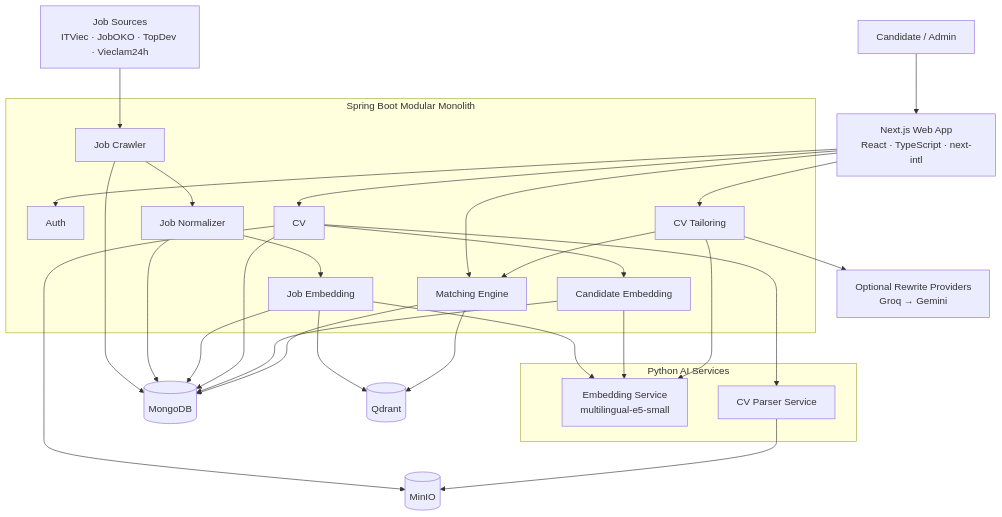
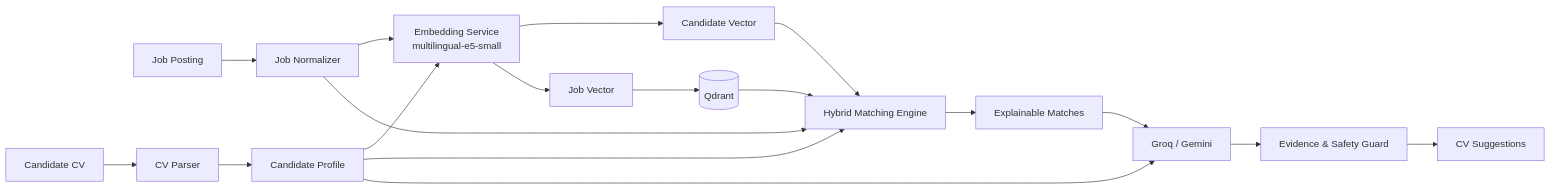
One commit to nguyenvanthanh1501bmt-hash/auto-job-matching changed the diagram in README.md. Above: the diagram before and after it, drawn with Mermaid. The commit also changed other lines of this file, not shown here.

````diff
--- a/README.md
+++ b/README.md
@@ -264,63 +282,51 @@
 ```mermaid
-flowchart TB
+flowchart LR
 
-    USER["Candidate / Admin"]
-    WEB["Next.js Web App<br/>React · TypeScript · next-intl"]
+    CV["Candidate CV"]
+    JOB["Job Posting"]
 
-    subgraph JAVA["Spring Boot Modular Monolith"]
-        AUTH["Auth"]
-        CRAWLER["Job Crawler"]
-        NORMALIZER["Job Normalizer"]
-        JOB_EMBED["Job Embedding"]
-        CV["CV"]
-        CANDIDATE_EMBED["Candidate Embedding"]
-        MATCHING["Matching Engine"]
-        TAILORING["CV Tailoring"]
-    end
+    PARSER["CV Parser"]
+    PROFILE["Candidate Profile"]
 
-    subgraph AI["Python AI Services"]
-        EMBEDDING["Embedding Service<br/>multilingual-e5-small"]
-        CV_PARSER["CV Parser Service"]
-    end
+    JOBN["Job Normalizer"]
 
-    SOURCES["Job Sources<br/>ITViec · JobOKO · TopDev · Vieclam24h"]
-    AI_PROVIDER["Optional Rewrite Providers<br/>Groq → Gemini"]
+    EMB["Embedding Service<br/>multilingual-e5-small"]
 
-    MONGO[("MongoDB")]
+    CVVECTOR["Candidate Vector"]
+    JOBVECTOR["Job Vector"]
+
     QDRANT[("Qdrant")]
-    MINIO[("MinIO")]
 
-    USER --> WEB
-    WEB --> AUTH
-    WEB --> CV
-    WEB --> MATCHING
-    WEB --> TAILORING
+    MATCH["Hybrid Matching Engine"]
 
-    SOURCES --> CRAWLER
+    LLM["Groq / Gemini"]
+    GUARD["Evidence & Safety Guard"]
 
-    CRAWLER --> MONGO
-    CRAWLER --> NORMALIZER
+    RESULT["Explainable Matches"]
+    TAILORED["CV Suggestions"]
 
-    NORMALIZER --> MONGO
-    NORMALIZER --> JOB_EMBED
+    CV --> PARSER
+    PARSER --> PROFILE
 
-    JOB_EMBED --> EMBEDDING
-    JOB_EMBED --> QDRANT
-    JOB_EMBED --> MONGO
+    JOB --> JOBN
 
-    CV --> MINIO
-    CV --> CV_PARSER
-    CV_PARSER --> MINIO
-    CV --> MONGO
+    PROFILE --> EMB
+    JOBN --> EMB
 
-    CV --> CANDIDATE_EMBED
-    CANDIDATE_EMBED --> EMBEDDING
-    CANDIDATE_EMBED --> MONGO
+    EMB --> CVVECTOR
+    EMB --> JOBVECTOR
 
-    MATCHING --> MONGO
-    MATCHING --> QDRANT
+    JOBVECTOR --> QDRANT
 
-    TAILORING --> MATCHING
-    TAILORING --> EMBEDDING
-    TAILORING --> AI_PROVIDER
+    CVVECTOR --> MATCH
+    QDRANT --> MATCH
+    PROFILE --> MATCH
+    JOBN --> MATCH
+
+    MATCH --> RESULT
+
+    RESULT --> LLM
+    PROFILE --> LLM
+    LLM --> GUARD
+    GUARD --> TAILORED
 ```
````
